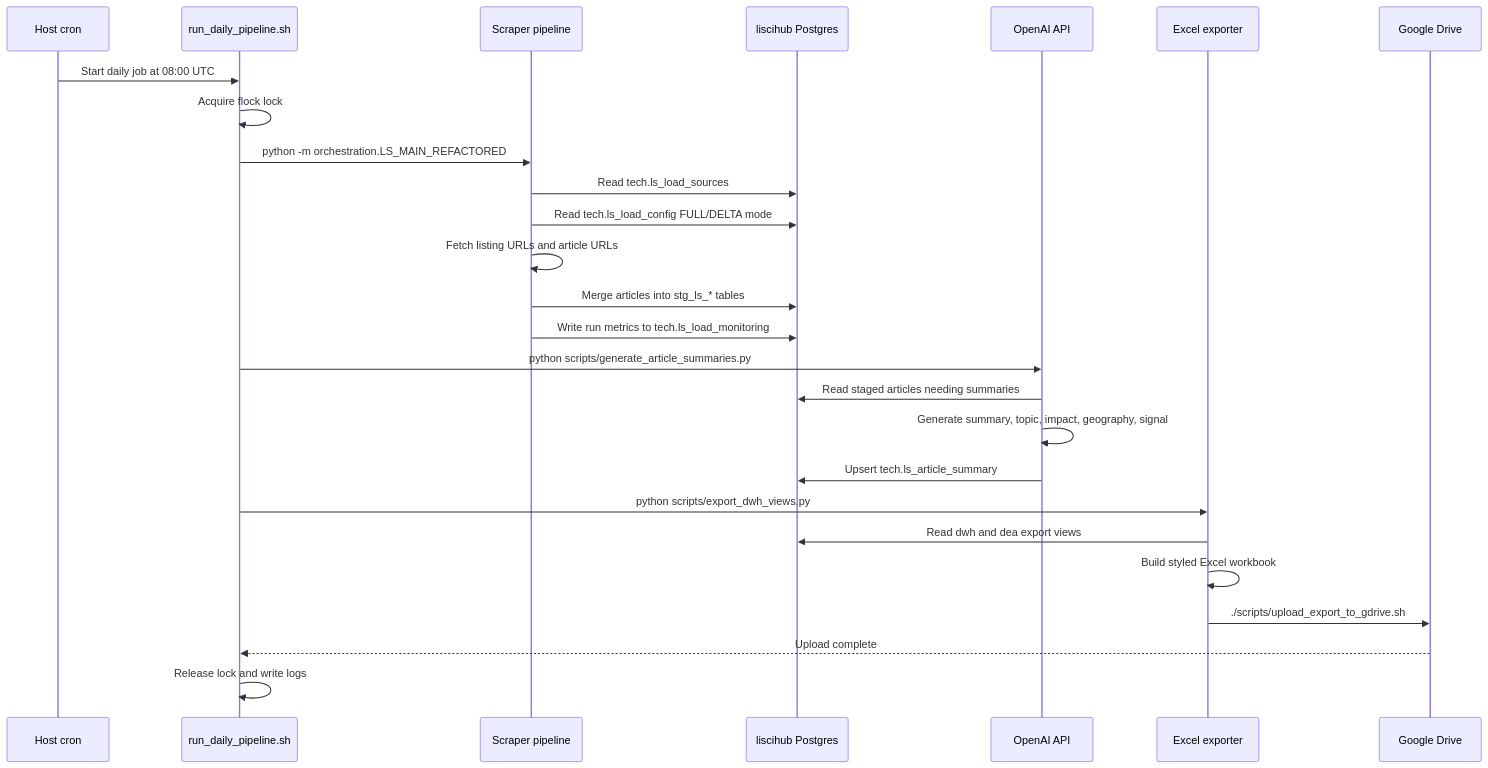
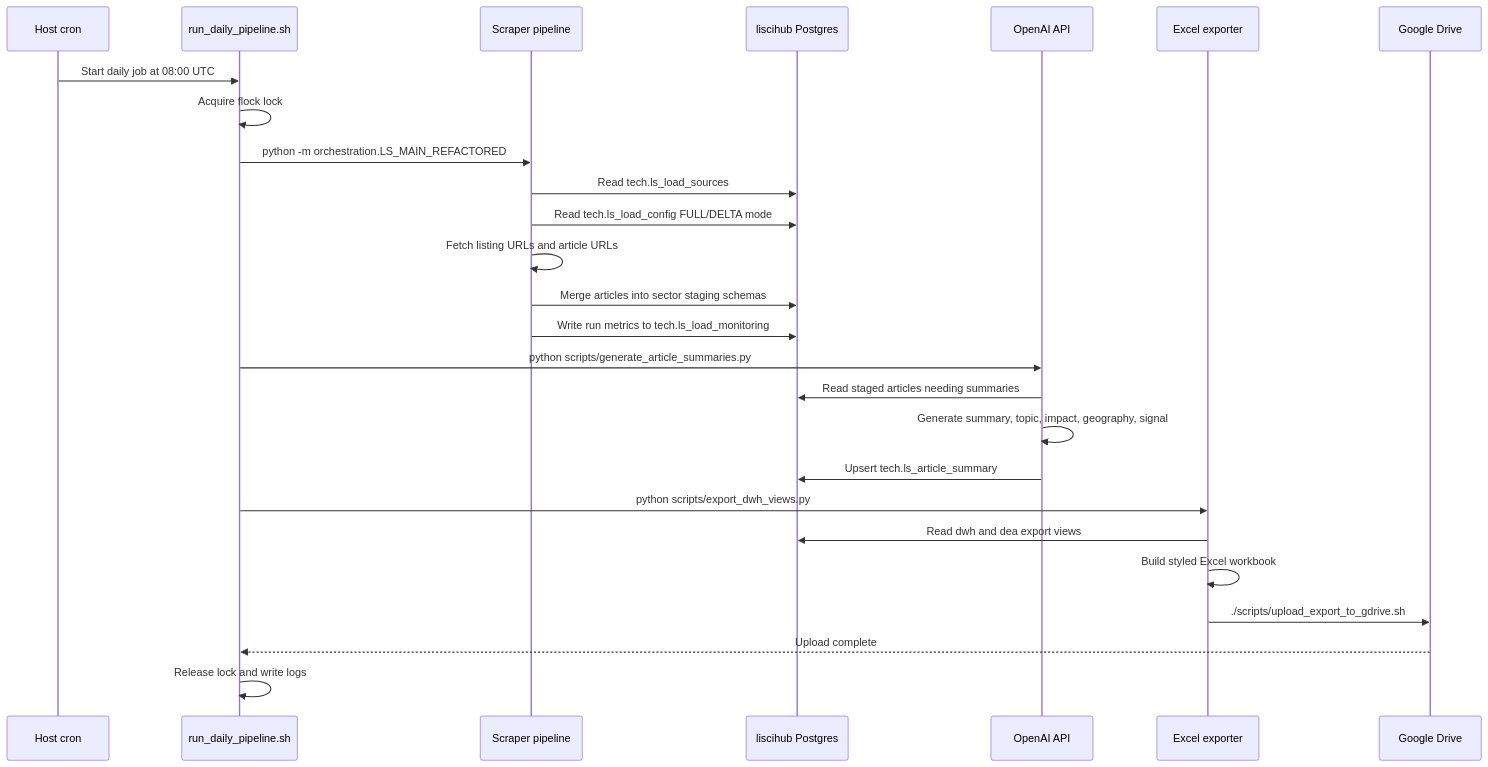
One commit to valentinjoseph/lifescihub changed the second of 4 diagrams in docs/architecture/liscihub_technical_architecture.md. Above: the diagram before and after it, drawn with Mermaid. The commit also changed other lines of this file and 43 other files, not shown here.

````diff
--- a/docs/architecture/liscihub_technical_architecture.md
+++ b/docs/architecture/liscihub_technical_architecture.md
@@ -112,29 +112,29 @@
 ```mermaid
 sequenceDiagram
     participant Cron as Host cron
     participant Runner as run_daily_pipeline.sh
     participant Scrape as Scraper pipeline
     participant PG as liscihub Postgres
     participant AI as OpenAI API
     participant Export as Excel exporter
     participant Drive as Google Drive
 
     Cron->>Runner: Start daily job at 08:00 UTC
     Runner->>Runner: Acquire flock lock
     Runner->>Scrape: python -m orchestration.LS_MAIN_REFACTORED
     Scrape->>PG: Read tech.ls_load_sources
     Scrape->>PG: Read tech.ls_load_config FULL/DELTA mode
     Scrape->>Scrape: Fetch listing URLs and article URLs
-    Scrape->>PG: Merge articles into stg_ls_* tables
+    Scrape->>PG: Merge articles into sector staging schemas
     Scrape->>PG: Write run metrics to tech.ls_load_monitoring
     Runner->>AI: python scripts/generate_article_summaries.py
     AI->>PG: Read staged articles needing summaries
     AI->>AI: Generate summary, topic, impact, geography, signal
     AI->>PG: Upsert tech.ls_article_summary
     Runner->>Export: python scripts/export_dwh_views.py
     Export->>PG: Read dwh and dea export views
     Export->>Export: Build styled Excel workbook
     Export->>Drive: ./scripts/upload_export_to_gdrive.sh
     Drive-->>Runner: Upload complete
     Runner->>Runner: Release lock and write logs
 ```
````
